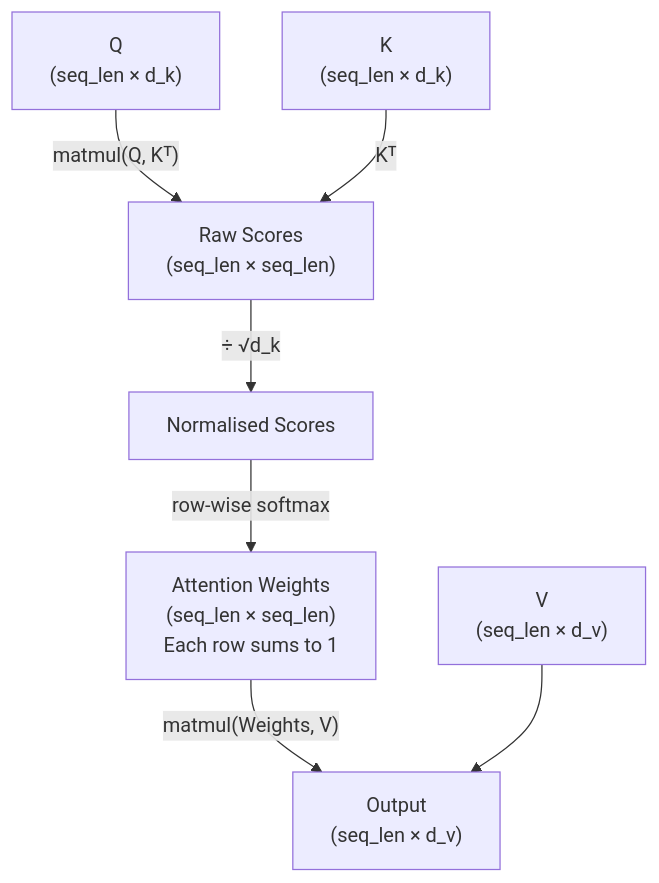
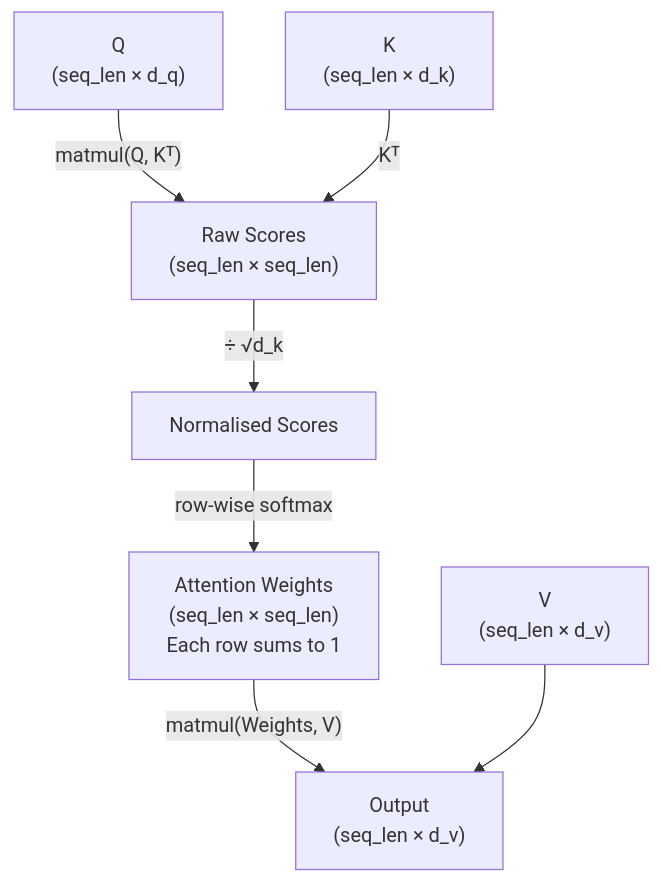
Before and after one commit to divyaitiz/Week-9: the third of 14 diagrams in Wednesday/Self_Attention_README.md, drawn with Mermaid.

Commit message:
Fix dimension of Q in Self Attention flowchart
Updated the dimensions of Q in the flowchart to reflect d_q instead of d_k.

````diff
--- a/Wednesday/Self_Attention_README.md
+++ b/Wednesday/Self_Attention_README.md
@@ -95,15 +95,15 @@
 ```mermaid
 flowchart TD
-    QQ["Q\n(seq_len × d_k)"]
+    QQ["Q\n(seq_len × d_q)"]
     KK["K\n(seq_len × d_k)"]
     VV["V\n(seq_len × d_v)"]
 
     QQ -->|"matmul(Q, Kᵀ)"| RAW["Raw Scores\n(seq_len × seq_len)"]
     KK -->|"Kᵀ"| RAW
 
     RAW -->|"÷ √d_k"| NORM["Normalised Scores"]
     NORM -->|"row-wise softmax"| W["Attention Weights\n(seq_len × seq_len)\nEach row sums to 1"]
 
     W -->|"matmul(Weights, V)"| OUT["Output\n(seq_len × d_v)"]
     VV --> OUT
 ```
````
